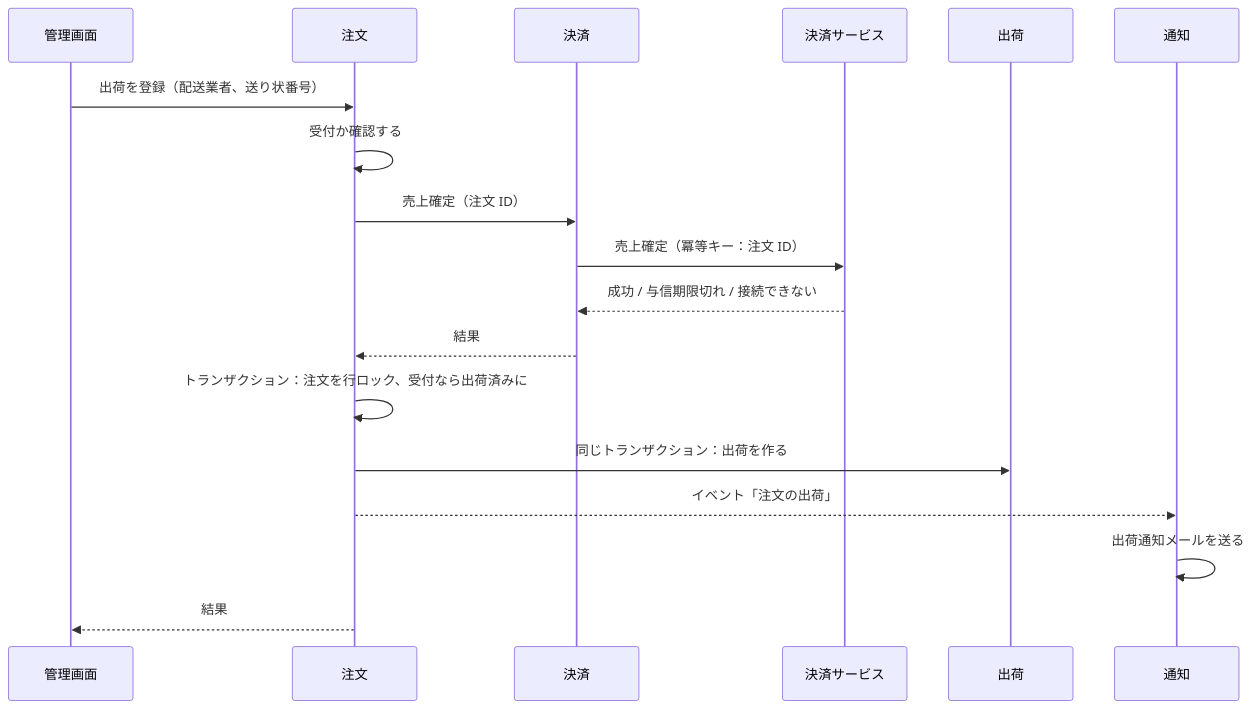
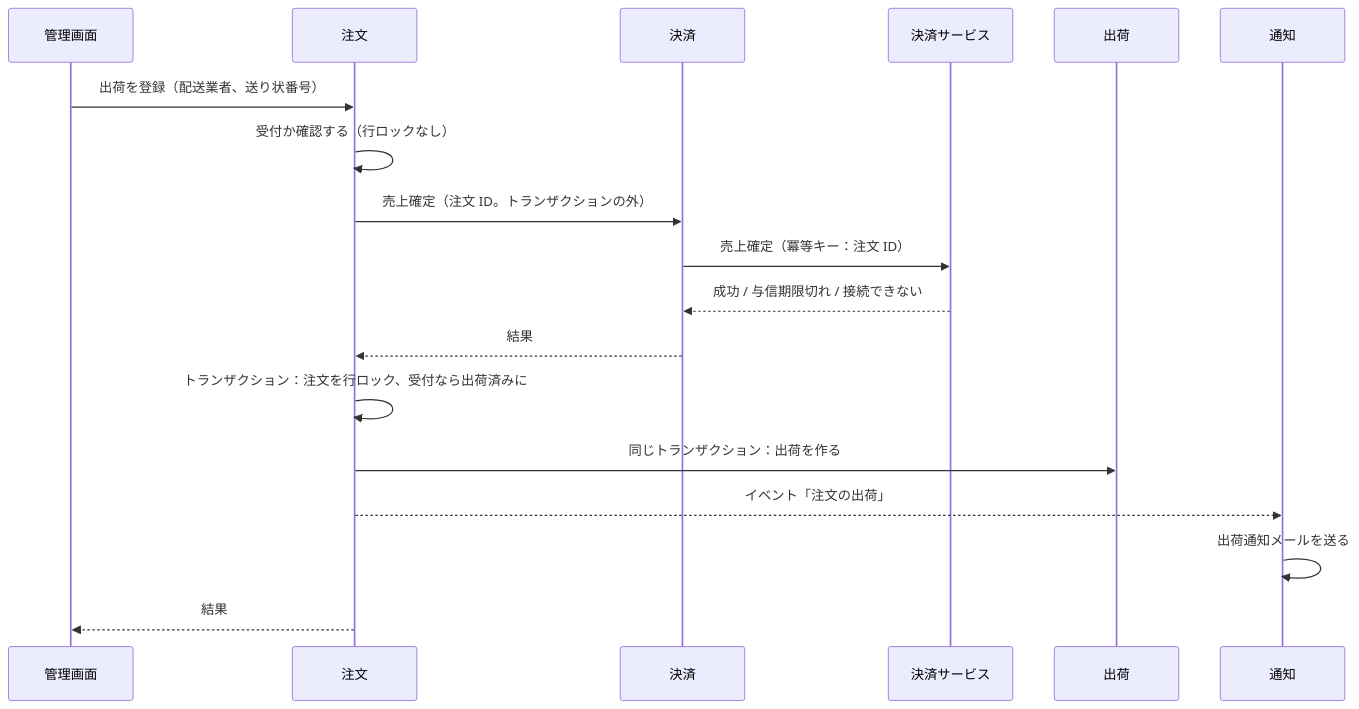
The third of 3 diagrams in docs/02-設計/order.md (roger88106/ec-site), drawn with Mermaid before and after one commit. The commit also changed 18 other files, not shown here.

````diff
--- a/docs/02-設計/order.md
+++ b/docs/02-設計/order.md
@@ -69,20 +69,20 @@
 ```mermaid
 sequenceDiagram
     participant A as 管理画面
     participant O as 注文
     participant P as 決済
     participant G as 決済サービス
     participant S as 出荷
     participant N as 通知
     A->>O: 出荷を登録（配送業者、送り状番号）
-    O->>O: 受付か確認する
-    O->>P: 売上確定（注文 ID）
+    O->>O: 受付か確認する（行ロックなし）
+    O->>P: 売上確定（注文 ID。トランザクションの外）
     P->>G: 売上確定（冪等キー：注文 ID）
     G-->>P: 成功 / 与信期限切れ / 接続できない
     P-->>O: 結果
     O->>O: トランザクション：注文を行ロック、受付なら出荷済みに
     O->>S: 同じトランザクション：出荷を作る
     O-->>N: イベント「注文の出荷」
     N->>N: 出荷通知メールを送る
     O-->>A: 結果
 ```
````
